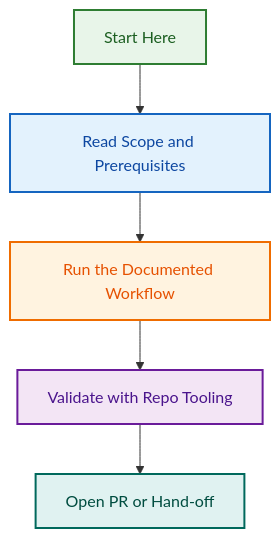
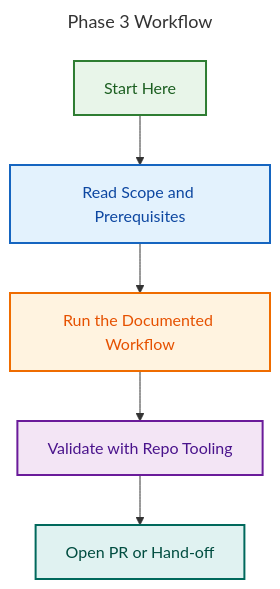
One commit to lightspeedwp/.github changed the diagram in .github/projects/active/metrics-agent-phase-3-production-2026-08-26/README.md. Above: the diagram before and after it, drawn with Mermaid.

Commit message:
fix: Correct Mermaid diagram syntax in Phase 3 project README

````diff
--- a/.github/projects/active/metrics-agent-phase-3-production-2026-08-26/README.md
+++ b/.github/projects/active/metrics-agent-phase-3-production-2026-08-26/README.md
@@ -199,21 +199,22 @@
 ```mermaid
+---
+title: Phase 3 Workflow
+---
 flowchart TD
-  accTitle: flowchart diagram
-  accDescr: flowchart flowchart
   A[Start Here] --> B[Read Scope and Prerequisites]
   B --> C[Run the Documented Workflow]
   C --> D[Validate with Repo Tooling]
   D --> E[Open PR or Hand-off]
 
   classDef start fill:#E8F5E9,stroke:#2E7D32,stroke-width:2px,color:#1B5E20;
   classDef prep fill:#E3F2FD,stroke:#1565C0,stroke-width:2px,color:#0D47A1;
   classDef run fill:#FFF3E0,stroke:#EF6C00,stroke-width:2px,color:#E65100;
   classDef gate fill:#F3E5F5,stroke:#6A1B9A,stroke-width:2px,color:#4A148C;
   classDef done fill:#E0F2F1,stroke:#00695C,stroke-width:2px,color:#004D40;
 
   class A start;
   class B prep;
   class C run;
   class D gate;
   class E done;
 ```
````
